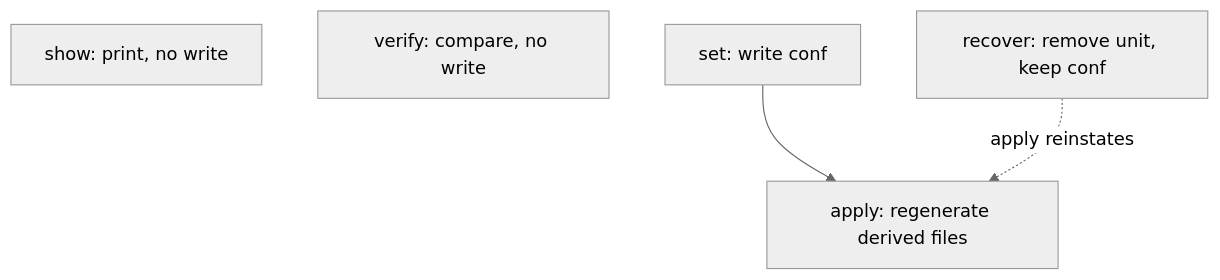
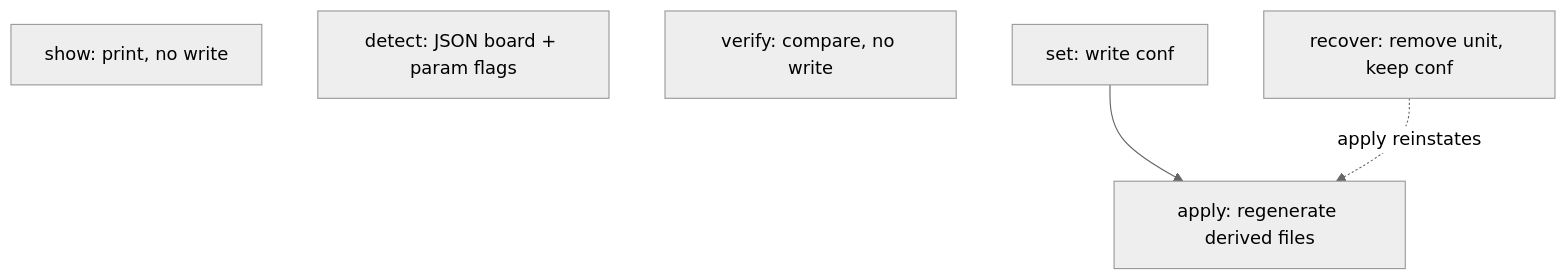
One commit to foonerd/rpi-waveshare28 changed the second of 5 diagrams in docs/CONFIG.md. Above: the diagram before and after it, drawn with Mermaid (neutral theme). The commit also changed other lines of this file and 13 other files, not shown here.

````diff
--- a/docs/CONFIG.md
+++ b/docs/CONFIG.md
@@ -57,10 +64,11 @@
 ```mermaid
 flowchart TD
   show["show: print, no write"]
+  detect["detect: JSON board + param flags"]
   verify["verify: compare, no write"]
   set["set: write conf"]
   apply["apply: regenerate derived files"]
   recover["recover: remove unit, keep conf"]
   set --> apply
   recover -.->|"apply reinstates"| apply
 ```
````
